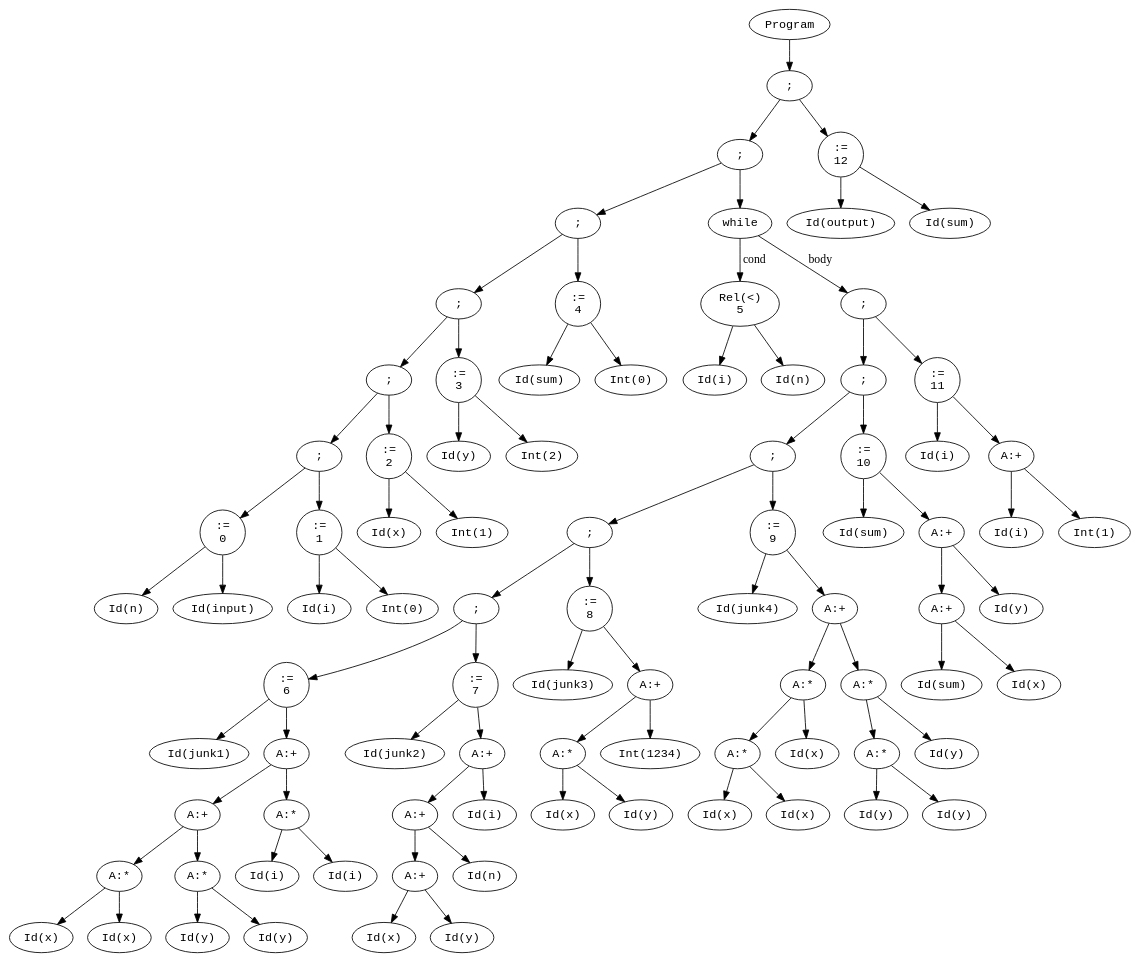
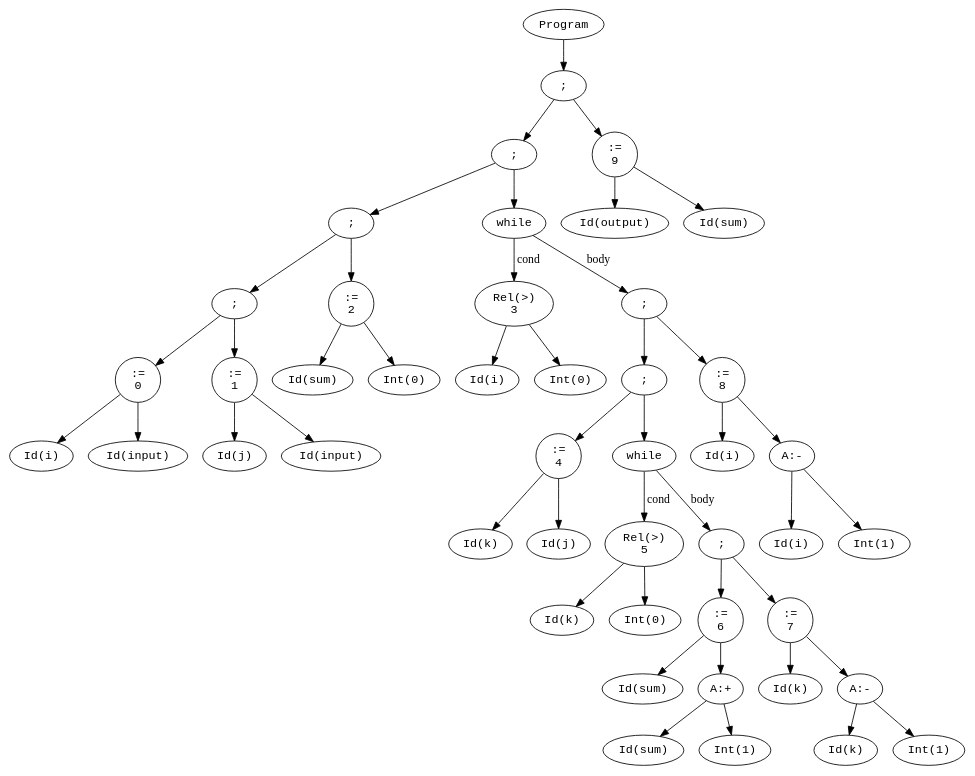
The diagram in project2/src/dotfiles/ast.dot (CatchSyntaxTerror/Terminators), drawn with Graphviz before and after one commit. The commit also changed 17 other files, not shown here.

```diff
--- a/project2/src/dotfiles/ast.dot
+++ b/project2/src/dotfiles/ast.dot
@@ -1,178 +1,94 @@
 digraph AST {
   node [shape=ellipse, fontname="Courier"];
   n1 [label="Program"];
   n2 [label=";"];
   n3 [label=";"];
   n4 [label=";"];
   n5 [label=";"];
-  n6 [label=";"];
-  n7 [label=";"];
-  n8 [label=":=\n0"];
-  n9 [label="Id(n)"];
-  n10 [label="Id(input)"];
-  n8 -> n9;
-  n8 -> n10;
-  n11 [label=":=\n1"];
-  n12 [label="Id(i)"];
-  n13 [label="Int(0)"];
-  n11 -> n12;
-  n11 -> n13;
-  n7 -> n8;
-  n7 -> n11;
-  n14 [label=":=\n2"];
-  n15 [label="Id(x)"];
-  n16 [label="Int(1)"];
-  n14 -> n15;
-  n14 -> n16;
+  n6 [label=":=\n0"];
+  n7 [label="Id(i)"];
+  n8 [label="Id(input)"];
   n6 -> n7;
-  n6 -> n14;
-  n17 [label=":=\n3"];
-  n18 [label="Id(y)"];
-  n19 [label="Int(2)"];
-  n17 -> n18;
-  n17 -> n19;
+  n6 -> n8;
+  n9 [label=":=\n1"];
+  n10 [label="Id(j)"];
+  n11 [label="Id(input)"];
+  n9 -> n10;
+  n9 -> n11;
   n5 -> n6;
-  n5 -> n17;
-  n20 [label=":=\n4"];
-  n21 [label="Id(sum)"];
-  n22 [label="Int(0)"];
-  n20 -> n21;
-  n20 -> n22;
+  n5 -> n9;
+  n12 [label=":=\n2"];
+  n13 [label="Id(sum)"];
+  n14 [label="Int(0)"];
+  n12 -> n13;
+  n12 -> n14;
   n4 -> n5;
-  n4 -> n20;
-  n23 [label="while"];
-  n24 [label="Rel(<)\n5"];
-  n25 [label="Id(i)"];
-  n26 [label="Id(n)"];
-  n24 -> n25;
-  n24 -> n26;
-  n27 [label=";"];
+  n4 -> n12;
+  n15 [label="while"];
+  n16 [label="Rel(>)\n3"];
+  n17 [label="Id(i)"];
+  n18 [label="Int(0)"];
+  n16 -> n17;
+  n16 -> n18;
+  n19 [label=";"];
+  n20 [label=";"];
+  n21 [label=":=\n4"];
+  n22 [label="Id(k)"];
+  n23 [label="Id(j)"];
+  n21 -> n22;
+  n21 -> n23;
+  n24 [label="while"];
+  n25 [label="Rel(>)\n5"];
+  n26 [label="Id(k)"];
+  n27 [label="Int(0)"];
+  n25 -> n26;
+  n25 -> n27;
   n28 [label=";"];
-  n29 [label=";"];
-  n30 [label=";"];
-  n31 [label=";"];
-  n32 [label=":=\n6"];
-  n33 [label="Id(junk1)"];
-  n34 [label="A:+"];
-  n35 [label="A:+"];
-  n36 [label="A:*"];
-  n37 [label="Id(x)"];
-  n38 [label="Id(x)"];
+  n29 [label=":=\n6"];
+  n30 [label="Id(sum)"];
+  n31 [label="A:+"];
+  n32 [label="Id(sum)"];
+  n33 [label="Int(1)"];
+  n31 -> n32;
+  n31 -> n33;
+  n29 -> n30;
+  n29 -> n31;
+  n34 [label=":=\n7"];
+  n35 [label="Id(k)"];
+  n36 [label="A:-"];
+  n37 [label="Id(k)"];
+  n38 [label="Int(1)"];
   n36 -> n37;
   n36 -> n38;
-  n39 [label="A:*"];
-  n40 [label="Id(y)"];
-  n41 [label="Id(y)"];
+  n34 -> n35;
+  n34 -> n36;
+  n28 -> n29;
+  n28 -> n34;
+  n24 -> n25 [label="cond"];
+  n24 -> n28 [label="body"];
+  n20 -> n21;
+  n20 -> n24;
+  n39 [label=":=\n8"];
+  n40 [label="Id(i)"];
+  n41 [label="A:-"];
+  n42 [label="Id(i)"];
+  n43 [label="Int(1)"];
+  n41 -> n42;
+  n41 -> n43;
   n39 -> n40;
   n39 -> n41;
-  n35 -> n36;
-  n35 -> n39;
-  n42 [label="A:*"];
-  n43 [label="Id(i)"];
-  n44 [label="Id(i)"];
-  n42 -> n43;
-  n42 -> n44;
-  n34 -> n35;
-  n34 -> n42;
-  n32 -> n33;
-  n32 -> n34;
-  n45 [label=":=\n7"];
-  n46 [label="Id(junk2)"];
-  n47 [label="A:+"];
-  n48 [label="A:+"];
-  n49 [label="A:+"];
-  n50 [label="Id(x)"];
-  n51 [label="Id(y)"];
-  n49 -> n50;
-  n49 -> n51;
-  n52 [label="Id(n)"];
-  n48 -> n49;
-  n48 -> n52;
-  n53 [label="Id(i)"];
-  n47 -> n48;
-  n47 -> n53;
-  n45 -> n46;
-  n45 -> n47;
-  n31 -> n32;
-  n31 -> n45;
-  n54 [label=":=\n8"];
-  n55 [label="Id(junk3)"];
-  n56 [label="A:+"];
-  n57 [label="A:*"];
-  n58 [label="Id(x)"];
-  n59 [label="Id(y)"];
-  n57 -> n58;
-  n57 -> n59;
-  n60 [label="Int(1234)"];
-  n56 -> n57;
-  n56 -> n60;
-  n54 -> n55;
-  n54 -> n56;
-  n30 -> n31;
-  n30 -> n54;
-  n61 [label=":=\n9"];
-  n62 [label="Id(junk4)"];
-  n63 [label="A:+"];
-  n64 [label="A:*"];
-  n65 [label="A:*"];
-  n66 [label="Id(x)"];
-  n67 [label="Id(x)"];
-  n65 -> n66;
-  n65 -> n67;
-  n68 [label="Id(x)"];
-  n64 -> n65;
-  n64 -> n68;
-  n69 [label="A:*"];
-  n70 [label="A:*"];
-  n71 [label="Id(y)"];
-  n72 [label="Id(y)"];
-  n70 -> n71;
-  n70 -> n72;
-  n73 [label="Id(y)"];
-  n69 -> n70;
-  n69 -> n73;
-  n63 -> n64;
-  n63 -> n69;
-  n61 -> n62;
-  n61 -> n63;
-  n29 -> n30;
-  n29 -> n61;
-  n74 [label=":=\n10"];
-  n75 [label="Id(sum)"];
-  n76 [label="A:+"];
-  n77 [label="A:+"];
-  n78 [label="Id(sum)"];
-  n79 [label="Id(x)"];
-  n77 -> n78;
-  n77 -> n79;
-  n80 [label="Id(y)"];
-  n76 -> n77;
-  n76 -> n80;
-  n74 -> n75;
-  n74 -> n76;
-  n28 -> n29;
-  n28 -> n74;
-  n81 [label=":=\n11"];
-  n82 [label="Id(i)"];
-  n83 [label="A:+"];
-  n84 [label="Id(i)"];
-  n85 [label="Int(1)"];
-  n83 -> n84;
-  n83 -> n85;
-  n81 -> n82;
-  n81 -> n83;
-  n27 -> n28;
-  n27 -> n81;
-  n23 -> n24 [label="cond"];
-  n23 -> n27 [label="body"];
+  n19 -> n20;
+  n19 -> n39;
+  n15 -> n16 [label="cond"];
+  n15 -> n19 [label="body"];
   n3 -> n4;
-  n3 -> n23;
-  n86 [label=":=\n12"];
-  n87 [label="Id(output)"];
-  n88 [label="Id(sum)"];
-  n86 -> n87;
-  n86 -> n88;
+  n3 -> n15;
+  n44 [label=":=\n9"];
+  n45 [label="Id(output)"];
+  n46 [label="Id(sum)"];
+  n44 -> n45;
+  n44 -> n46;
   n2 -> n3;
-  n2 -> n86;
+  n2 -> n44;
   n1 -> n2;
 }
```
